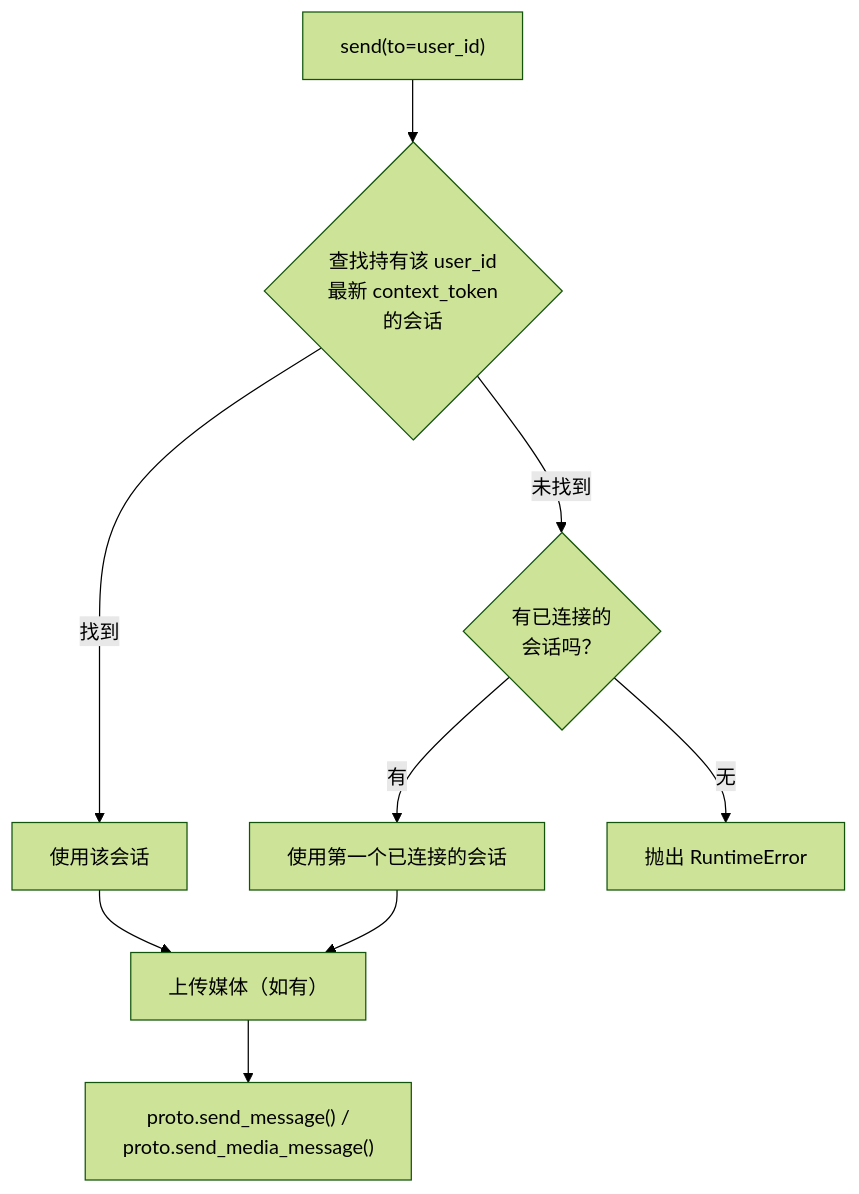
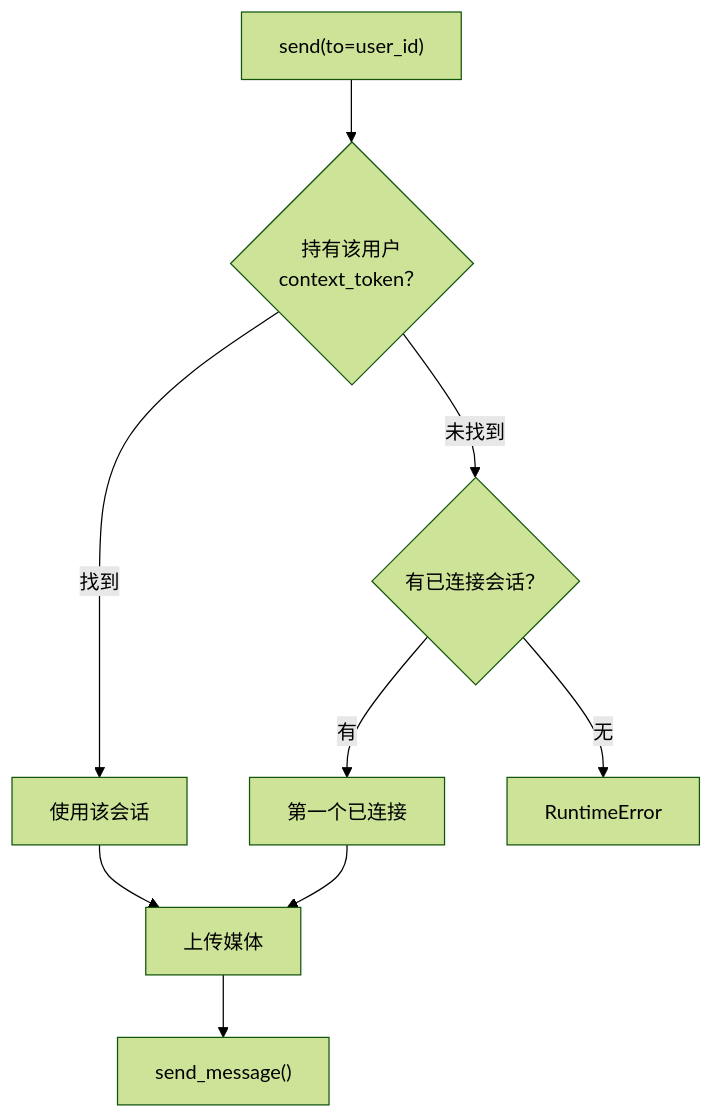
Before and after one commit to Oaklight/weilink: the fourth of 9 diagrams in docs/architecture.md, drawn with Mermaid (forest theme). The commit also changed other lines of this file, not shown here.

Commit message:
Compact send routing diagram, side-by-side CDN pipeline subgraphs

````diff
--- a/docs/architecture.md
+++ b/docs/architecture.md
@@ -106,11 +106,10 @@
 ```mermaid
 flowchart TD
-    A["send(to=user_id)"] --> B{"查找持有该 user_id<br/>最新 context_token<br/>的会话"}
+    A["send(to=user_id)"] --> B{"持有该用户<br/>context_token？"}
     B -->|找到| C["使用该会话"]
-    B -->|未找到| D{"有已连接的<br/>会话吗？"}
-    D -->|有| C2["使用第一个已连接的会话"]
-    D -->|无| E["抛出 RuntimeError"]
-    C --> F["上传媒体（如有）"]
-    C2 --> F
-    F --> G["proto.send_message() /<br/>proto.send_media_message()"]
+    B -->|未找到| D{"有已连接会话？"}
+    D -->|有| C2["第一个已连接"]
+    D -->|无| E["RuntimeError"]
+    C & C2 --> F["上传媒体"]
+    F --> G["send_message()"]
 ```
````
